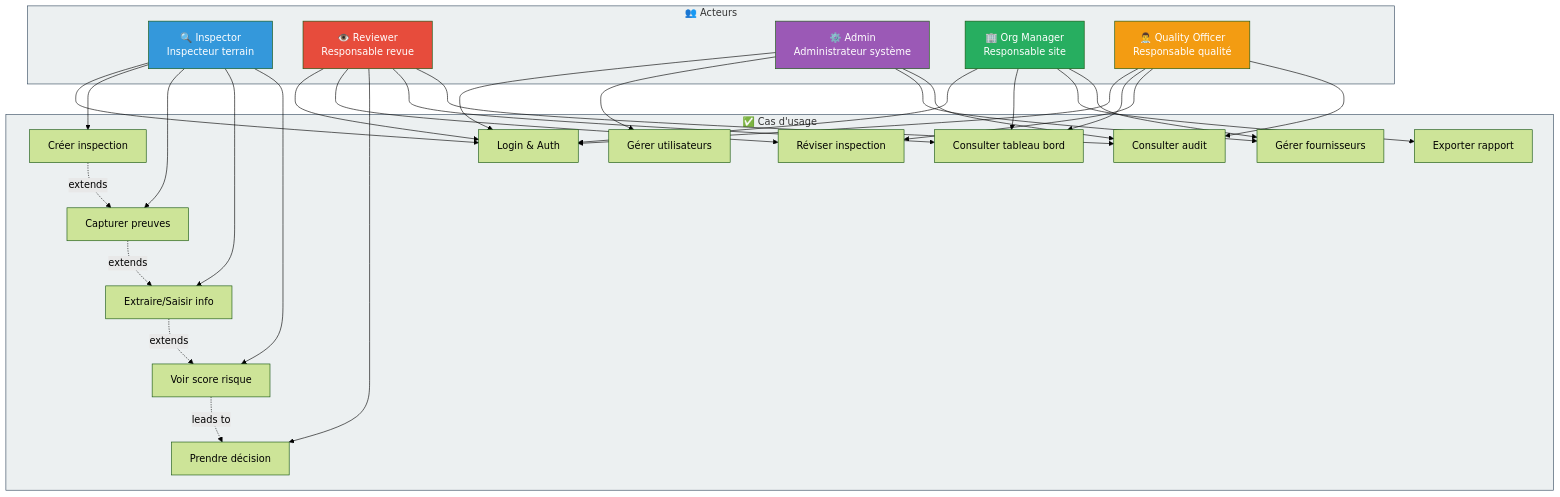
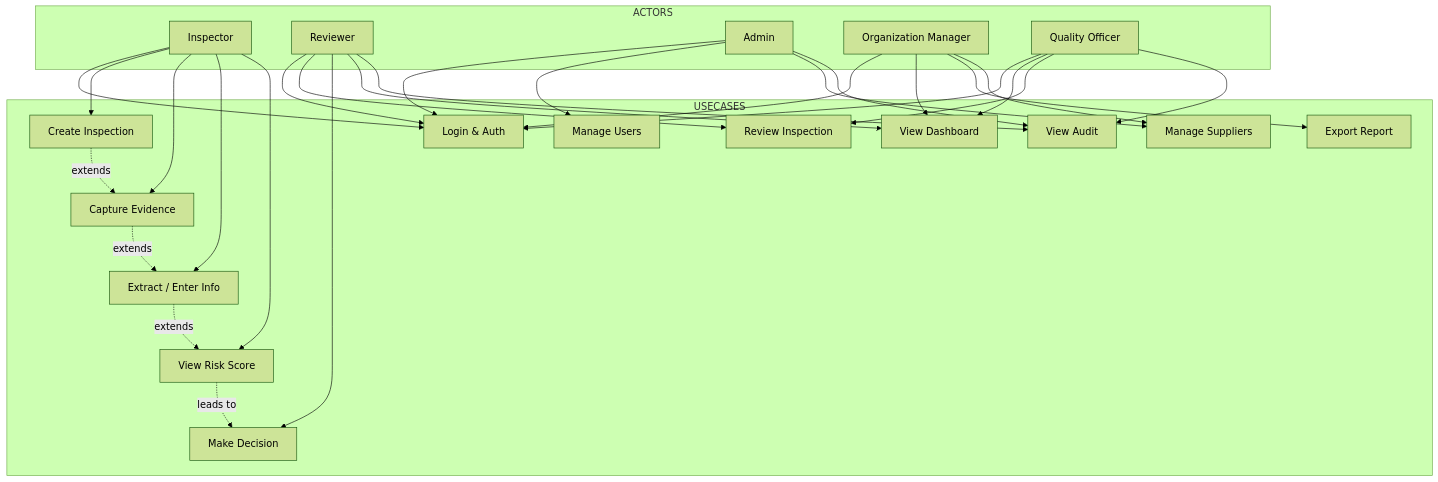
The diagram in docs/workflows/use-cases.md (AbraImani/Authmed_Backend_intern), drawn with Mermaid (forest theme) before and after one commit. The commit also changed other lines of this file and 27 other files, not shown here.

Commit message:
docs: remove emojis, translate to English, standardize diagrams and remove color styles

````diff
--- a/docs/workflows/use-cases.md
+++ b/docs/workflows/use-cases.md
@@ -9,65 +9,58 @@
 ```mermaid
 graph TB
-    subgraph ACTORS["👥 Acteurs"]
-        Inspector["🔍 Inspector<br/>Inspecteur terrain"]
-        Reviewer["👁️ Reviewer<br/>Responsable revue"]
-        Admin["⚙️ Admin<br/>Administrateur système"]
-        OrgManager["🏢 Org Manager<br/>Responsable site"]
-        QualityOfficer["👨‍⚕️ Quality Officer<br/>Responsable qualité"]
+    subgraph ACTORS
+        Inspector["Inspector"]
+        Reviewer["Reviewer"]
+        Admin["Admin"]
+        OrgManager["Organization Manager"]
+        QualityOfficer["Quality Officer"]
     end
-    
-    subgraph USECASES["✅ Cas d'usage"]
+
+    subgraph USECASES
         Login["Login & Auth"]
-        CreateInspection["Créer inspection"]
-        CaptureEvidence["Capturer preuves"]
-        ExtractInfo["Extraire/Saisir info"]
-        ViewRiskScore["Voir score risque"]
-        MakeDecision["Prendre décision"]
-        ReviewInspection["Réviser inspection"]
-        ViewDashboard["Consulter tableau bord"]
-        ManageUsers["Gérer utilisateurs"]
-        ManageSuppliers["Gérer fournisseurs"]
-        ViewAudit["Consulter audit"]
-        ExportReport["Exporter rapport"]
+        CreateInspection["Create Inspection"]
+        CaptureEvidence["Capture Evidence"]
+        ExtractInfo["Extract / Enter Info"]
+        ViewRiskScore["View Risk Score"]
+        MakeDecision["Make Decision"]
+        ReviewInspection["Review Inspection"]
+        ViewDashboard["View Dashboard"]
+        ManageUsers["Manage Users"]
+        ManageSuppliers["Manage Suppliers"]
+        ViewAudit["View Audit"]
+        ExportReport["Export Report"]
     end
-    
+
     Inspector --> Login
     Inspector --> CreateInspection
     Inspector --> CaptureEvidence
     Inspector --> ExtractInfo
     Inspector --> ViewRiskScore
-    
+
     Reviewer --> Login
     Reviewer --> ReviewInspection
     Reviewer --> MakeDecision
     Reviewer --> ViewDashboard
     Reviewer --> ViewAudit
-    
+
     Admin --> Login
     Admin --> ManageUsers
     Admin --> ManageSuppliers
     Admin --> ViewAudit
-    
+
     OrgManager --> Login
     OrgManager --> ViewDashboard
     OrgManager --> ExportReport
     OrgManager --> ManageSuppliers
-    
+
     QualityOfficer --> Login
     QualityOfficer --> ViewDashboard
     QualityOfficer --> ReviewInspection
     QualityOfficer --> ViewAudit
-    
+
     CreateInspection -.->|extends| CaptureEvidence
     CaptureEvidence -.->|extends| ExtractInfo
     ExtractInfo -.->|extends| ViewRiskScore
     ViewRiskScore -.->|leads to| MakeDecision
-    
-    style ACTORS fill:#ecf0f1,stroke:#34495e
-    style USECASES fill:#ecf0f1,stroke:#34495e
-    style Inspector fill:#3498db,color:#fff
-    style Reviewer fill:#e74c3c,color:#fff
-    style Admin fill:#9b59b6,color:#fff
-    style OrgManager fill:#27ae60,color:#fff
-    style QualityOfficer fill:#f39c12,color:#fff
+
 ```
````
